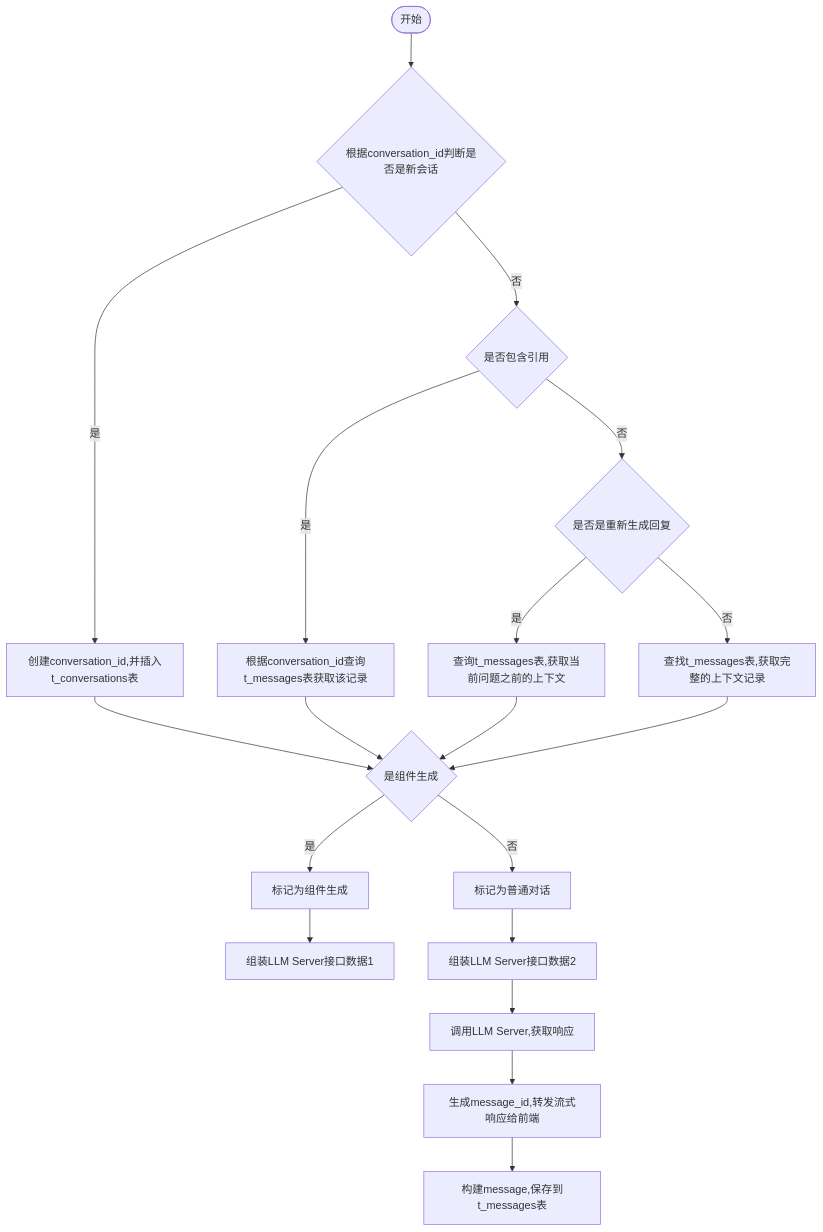
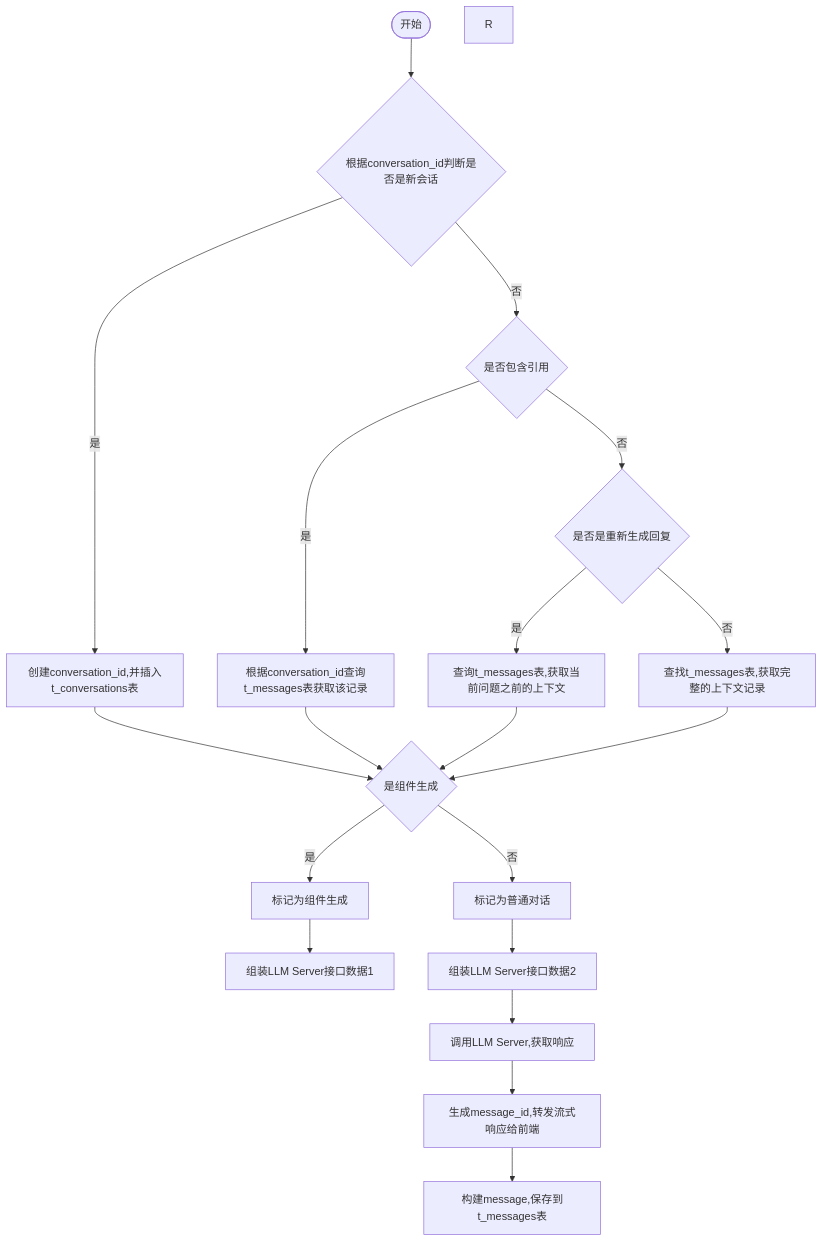
The diagram in all/未命名-7.md (yingjianzh/iodraw-files), drawn with Mermaid before and after one commit.

Commit message:
2024-10-12 14:33:03 update

````diff
--- a/all/未命名-7.md
+++ b/all/未命名-7.md
@@ -1,22 +1,22 @@
 ```mermaid
 flowchart TD
     A([开始]) --> B{根据conversation_id判断是否是新会话}
     B -- 是 --> C[创建conversation_id,并插入t_conversations表]
     B -- 否 --> D{是否包含引用}
     D -- 是 --> E[根据conversation_id查询t_messages表获取该记录]
     D -- 否 --> F{是否是重新生成回复}
     F -- 是 --> G[查询t_messages表,获取当前问题之前的上下文]
     F -- 否 --> H[查找t_messages表,获取完整的上下文记录]
      
     C & E & G & H --> I{是组件生成}
     I -- 是 --> J[标记为组件生成]
     I -- 否 --> K[标记为普通对话]
 
     J --> L[组装LLM Server接口数据1]    
     K --> M[组装LLM Server接口数据2]    
     M --> N[调用LLM Server,获取响应]    
     N --> O[生成message_id,转发流式响应给前端]
     O --> P[构建message,保存到t_messages表]
-    
+    R
 
 ```
````
